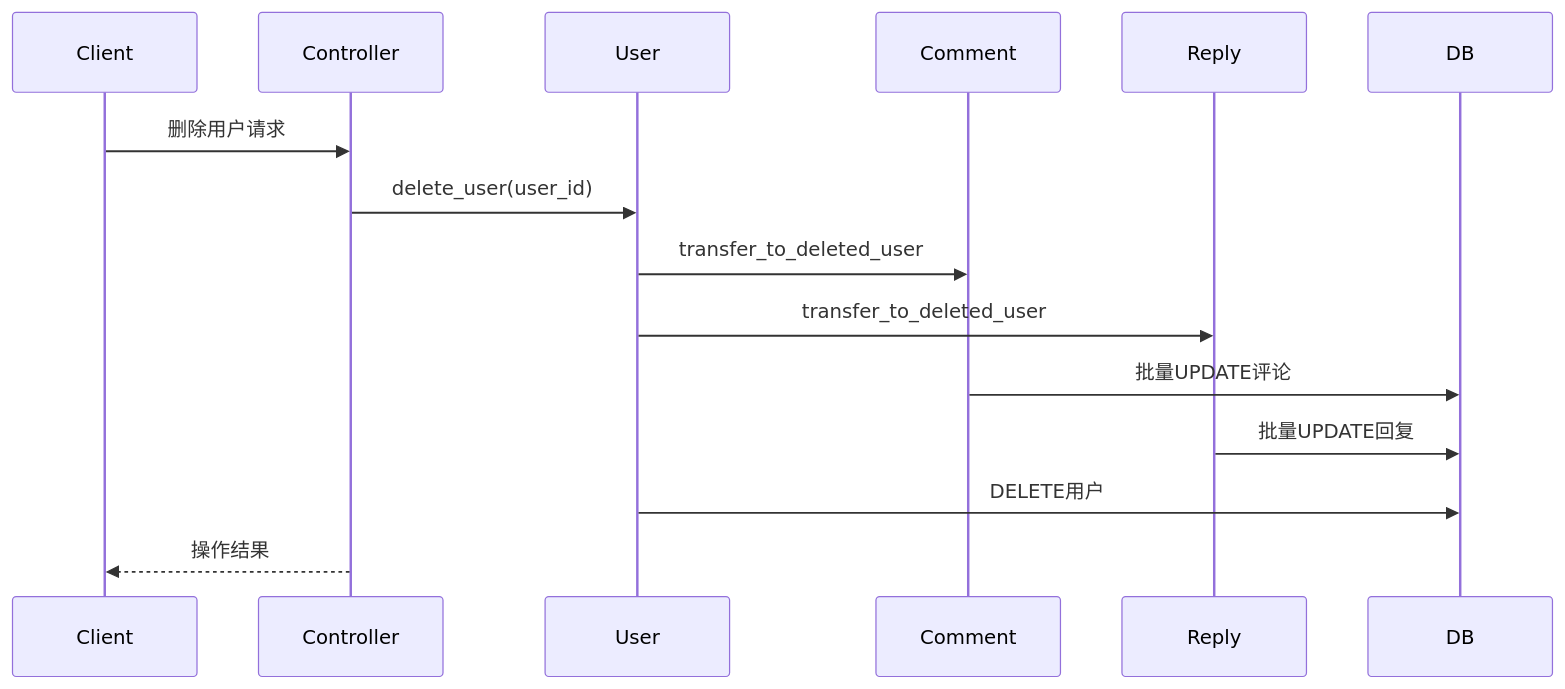
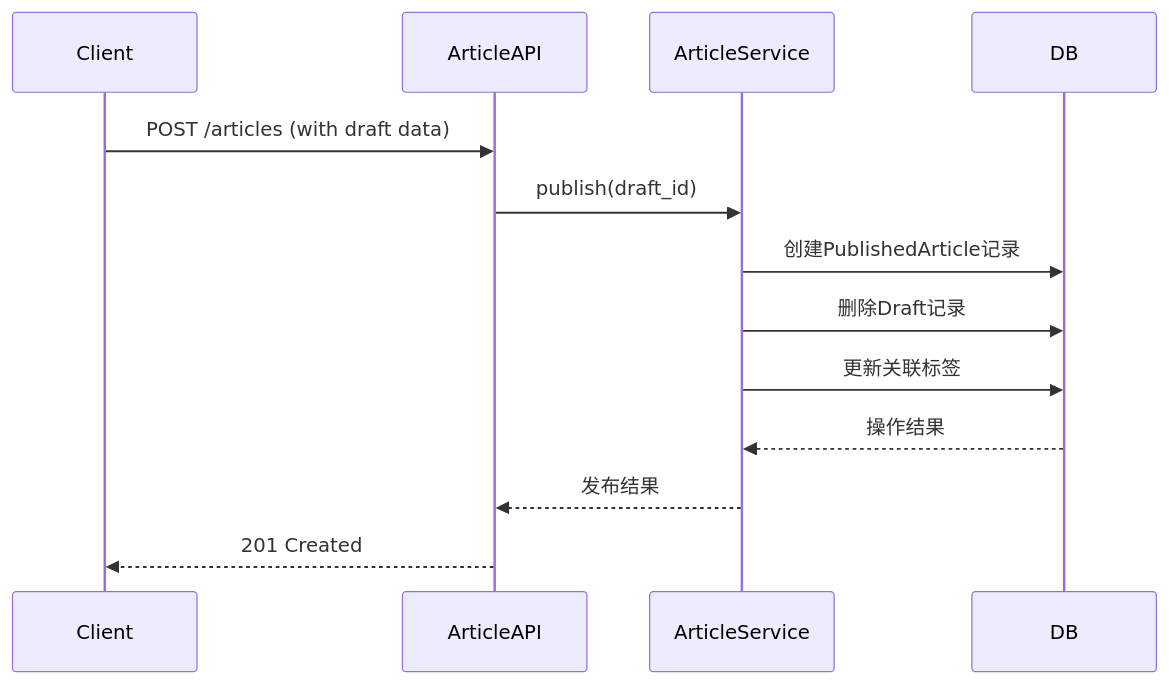
Before and after one commit to Jack-samu/the-blog-backend: the second of 3 diagrams in README.md, drawn with Mermaid. The commit also changed other lines of this file, not shown here.

````diff
--- a/README.md
+++ b/README.md
@@ -115,17 +66,16 @@
 ```mermaid
 sequenceDiagram
     participant Client
-    participant Controller
-    participant User
-    participant Comment
-    participant Reply
+    participant ArticleAPI
+    participant ArticleService
+    participant DB
     
-    Client->>Controller: 删除用户请求
-    Controller->>User: delete_user(user_id)
-    User->>Comment: transfer_to_deleted_user
-    User->>Reply: transfer_to_deleted_user
-    Comment->>DB: 批量UPDATE评论
-    Reply->>DB: 批量UPDATE回复
-    User->>DB: DELETE用户
-    Controller-->>Client: 操作结果
+    Client->>ArticleAPI: POST /articles (with draft data)
+    ArticleAPI->>ArticleService: publish(draft_id)
+    ArticleService->>DB: 创建PublishedArticle记录
+    ArticleService->>DB: 删除Draft记录
+    ArticleService->>DB: 更新关联标签
+    DB-->>ArticleService: 操作结果
+    ArticleService-->>ArticleAPI: 发布结果
+    ArticleAPI-->>Client: 201 Created
 ```
````
